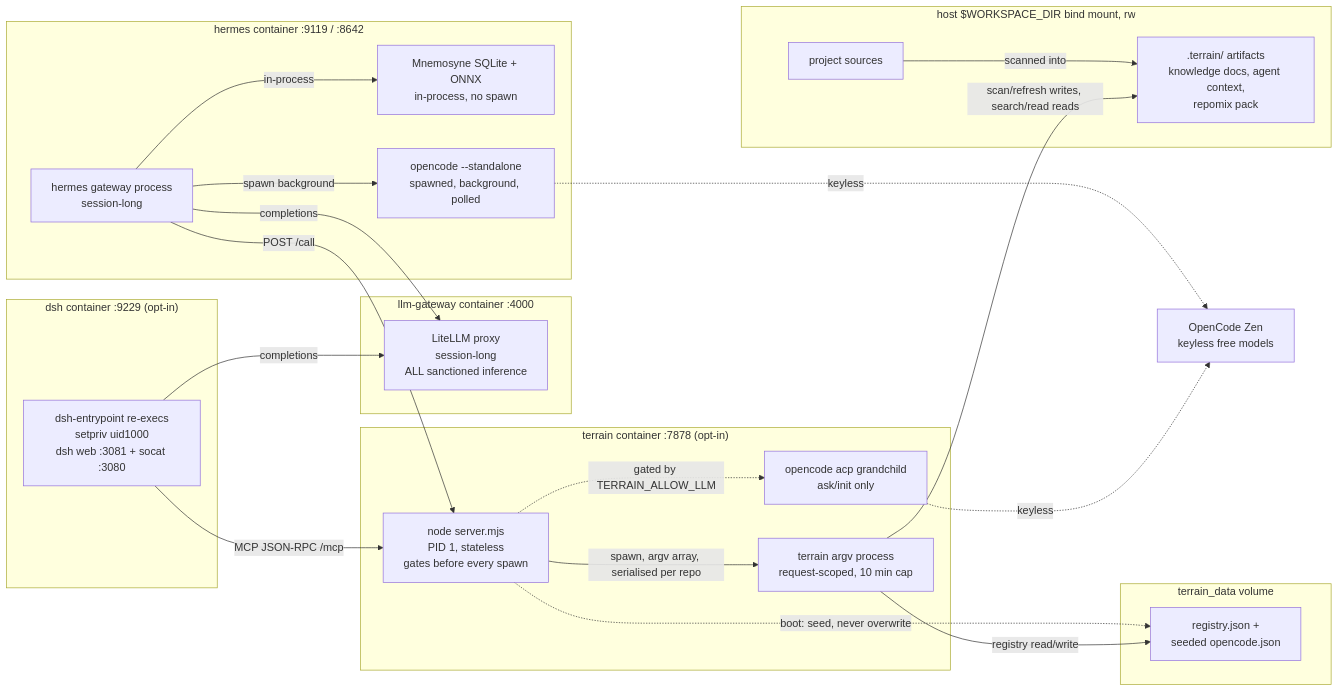
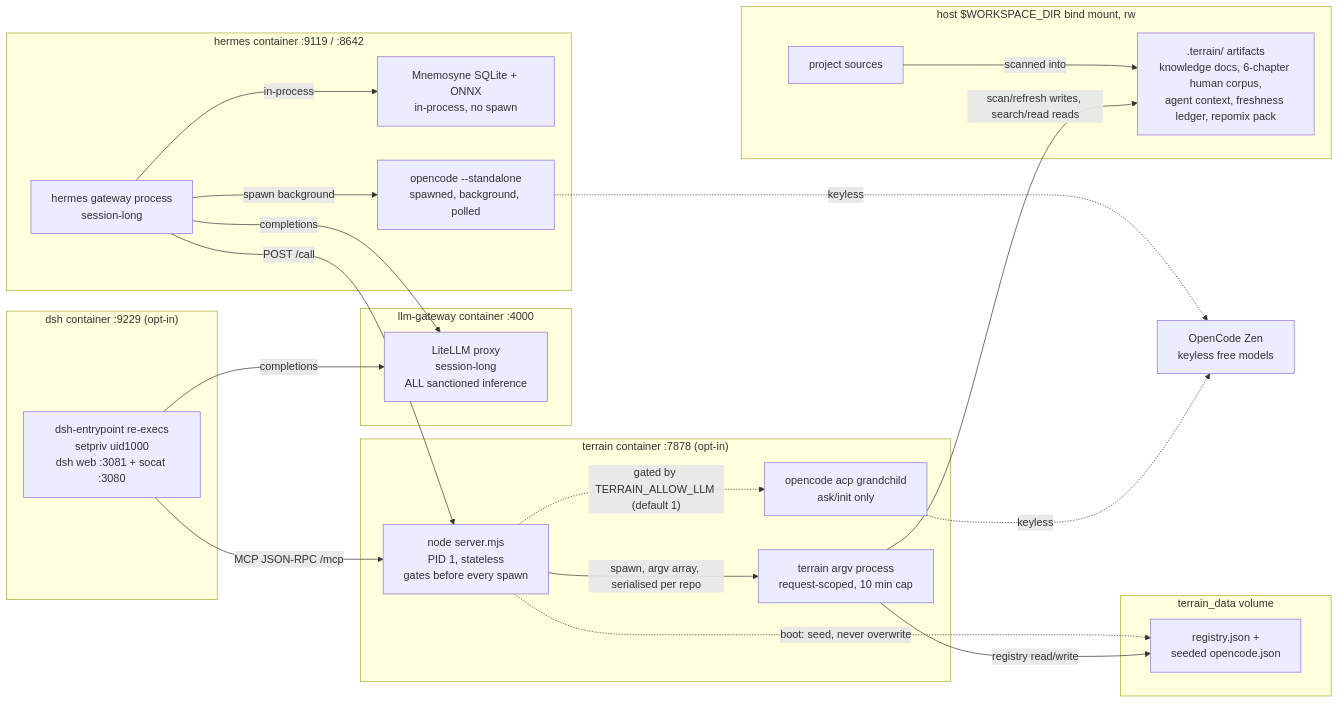
One commit to ayedaemon/pai-stack changed the second of 3 diagrams in docs/architecture.md. Above: the diagram before and after it, drawn with Mermaid. The commit also changed other lines of this file and 17 other files, not shown here.

````diff
--- a/docs/architecture.md
+++ b/docs/architecture.md
@@ -79,60 +79,60 @@
 ```mermaid
 flowchart LR
     subgraph HERMES["hermes container :9119 / :8642"]
         H["hermes gateway process<br/>session-long"]
         MEM["Mnemosyne SQLite + ONNX<br/>in-process, no spawn"]
         DEL["opencode --standalone<br/>spawned, background, polled"]
     end
 
     subgraph DSHC["dsh container :9229 (opt-in)"]
         DH["dsh-entrypoint re-execs<br/>setpriv uid1000<br/>dsh web :3081 + socat :3080"]
     end
 
     subgraph GWC["llm-gateway container :4000"]
         GW["LiteLLM proxy<br/>session-long<br/>ALL sanctioned inference"]
     end
 
     subgraph TRC["terrain container :7878 (opt-in)"]
         SHIM["node server.mjs<br/>PID 1, stateless<br/>gates before every spawn"]
         CLI["terrain argv process<br/>request-scoped, 10 min cap"]
         ACP["opencode acp grandchild<br/>ask/init only"]
     end
 
     subgraph VOL["terrain_data volume"]
         REG["registry.json +<br/>seeded opencode.json"]
     end
 
     subgraph WSS["host $WORKSPACE_DIR bind mount, rw"]
         SRC["project sources"]
-        IDX[".terrain/ artifacts<br/>knowledge docs, agent context,<br/>repomix pack"]
+        IDX[".terrain/ artifacts<br/>knowledge docs, 6-chapter human corpus,<br/>agent context, freshness ledger, repomix pack"]
     end
 
     ZEN["OpenCode Zen<br/>keyless free models"]
 
     H -->|"in-process"| MEM
     H -->|"POST /call"| SHIM
     DH -->|"MCP JSON-RPC /mcp"| SHIM
     H -->|"completions"| GW
     DH -->|"completions"| GW
     H -->|"spawn background"| DEL
     DEL -.->|"keyless"| ZEN
     SHIM -->|"spawn, argv array, serialised per repo"| CLI
     SHIM -.->|"boot: seed, never overwrite"| REG
-    SHIM -.->|"gated by TERRAIN_ALLOW_LLM"| ACP
+    SHIM -.->|"gated by TERRAIN_ALLOW_LLM (default 1)"| ACP
     ACP -.->|"keyless"| ZEN
     CLI -->|"registry read/write"| REG
     SRC -->|"scanned into"| IDX
     CLI -->|"scan/refresh writes, search/read reads"| IDX
     click H "hermes.md"
     click MEM "hermes.md"
     click DEL "delegation.md"
     click DH "dsh.md"
     click GW "llm-gateway.md"
     click SHIM "terrain.md"
     click CLI "terrain.md"
     click ACP "terrain.md"
     click REG "terrain.md"
     click IDX "terrain.md"
     click SRC "architecture.md"
     click ZEN "terrain.md"
 ```
````
